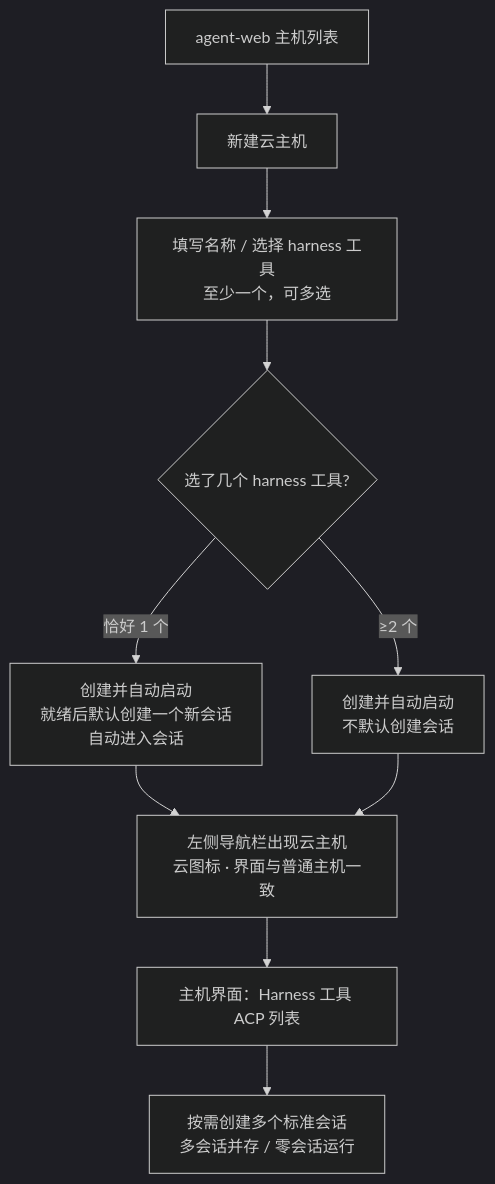
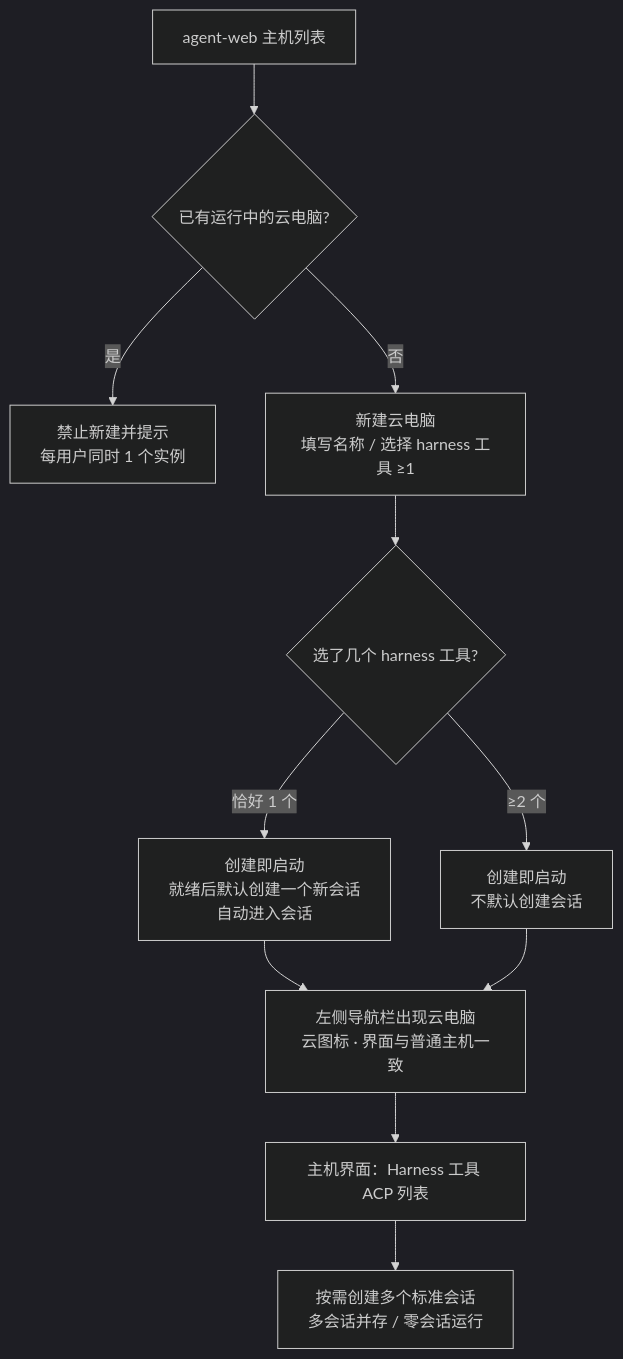
Before and after one commit to Deliay/z-agent-gear: the first of 3 diagrams in docs/product/draft/20261020-container-harness-support.md, drawn with Mermaid (dark theme). The commit also changed other lines of this file and 3 other files, not shown here.

````diff
--- a/docs/product/draft/20261020-container-harness-support.md
+++ b/docs/product/draft/20261020-container-harness-support.md
@@ -193,12 +195,13 @@
 ```mermaid
 flowchart TD
-    A[agent-web 主机列表] --> B[新建云主机]
-    B --> C[填写名称 / 选择 harness 工具<br/>至少一个，可多选]
+    A[agent-web 主机列表] --> B{已有运行中的云电脑?}
+    B -->|是| B1[禁止新建并提示<br/>每用户同时 1 个实例]
+    B -->|否| C[新建云电脑<br/>填写名称 / 选择 harness 工具 ≥1]
     C --> D{选了几个 harness 工具?}
-    D -->|恰好 1 个| E[创建并自动启动<br/>就绪后默认创建一个新会话<br/>自动进入会话]
-    D -->|≥2 个| F[创建并自动启动<br/>不默认创建会话]
-    E --> G[左侧导航栏出现云主机<br/>云图标 · 界面与普通主机一致]
+    D -->|恰好 1 个| E[创建即启动<br/>就绪后默认创建一个新会话<br/>自动进入会话]
+    D -->|≥2 个| F[创建即启动<br/>不默认创建会话]
+    E --> G[左侧导航栏出现云电脑<br/>云图标 · 界面与普通主机一致]
     F --> G
     G --> H[主机界面：Harness 工具 ACP 列表]
     H --> I[按需创建多个标准会话<br/>多会话并存 / 零会话运行]
 ```
````
